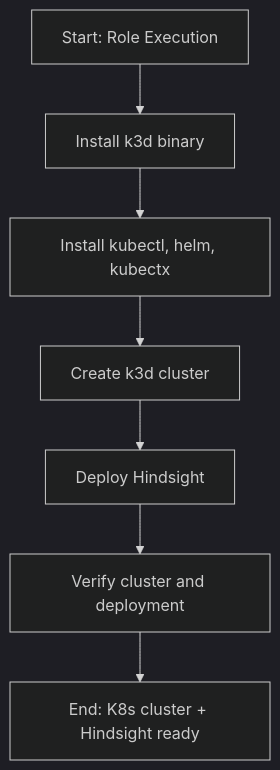
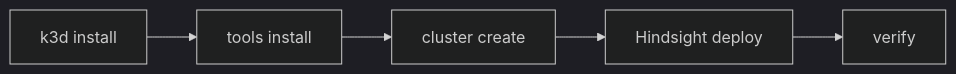
The diagram in roles/kubernetes/README.md (on3iropolos/gnome-network-ansible), drawn with Mermaid (dark theme) before and after one commit. The commit also changed other lines of this file and 3 other files, not shown here.

````diff
--- a/roles/kubernetes/README.md
+++ b/roles/kubernetes/README.md
@@ -7,9 +5,4 @@
 ```mermaid
-graph TD
-    A[Start: Role Execution] --> B[Install k3d binary];
-    B --> C[Install kubectl, helm, kubectx];
-    C --> D[Create k3d cluster];
-    D --> E[Deploy Hindsight];
-    E --> F[Verify cluster and deployment];
-    F --> G[End: K8s cluster + Hindsight ready];
+graph LR
+    A[k3d install] --> B[tools install] --> C[cluster create] --> D[Hindsight deploy] --> E[verify]
 ```
````
